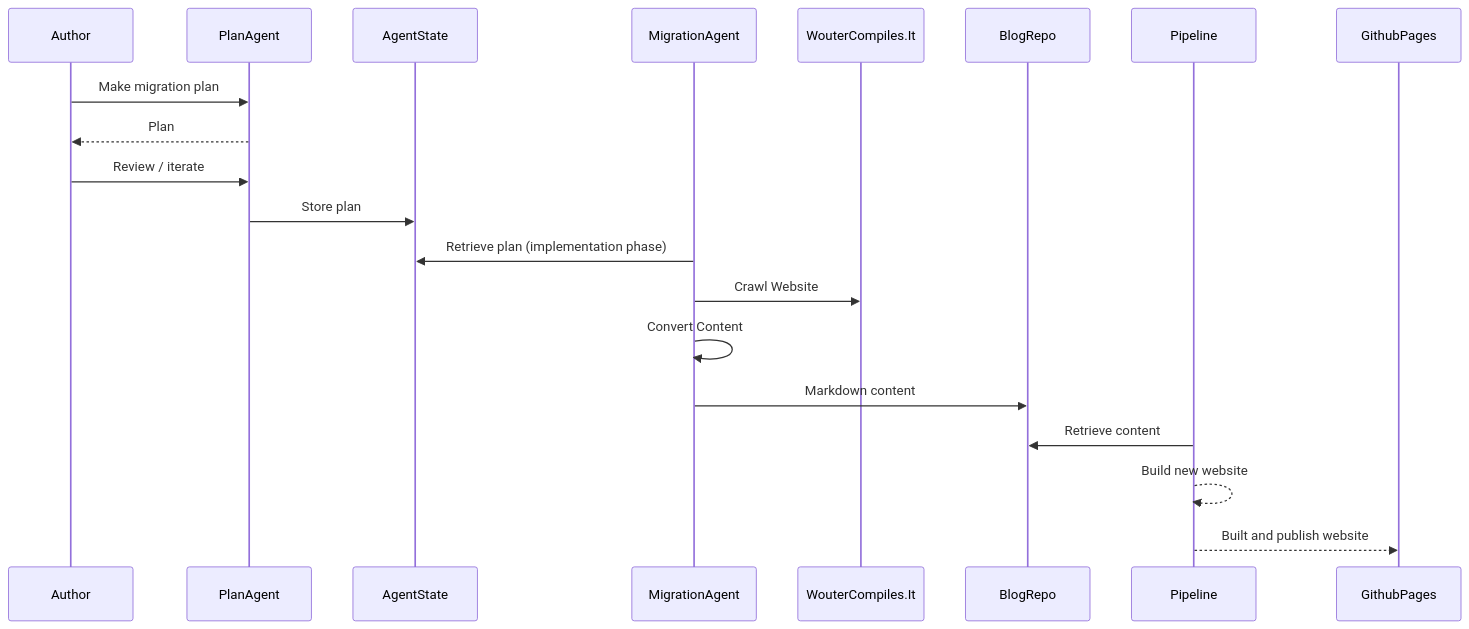
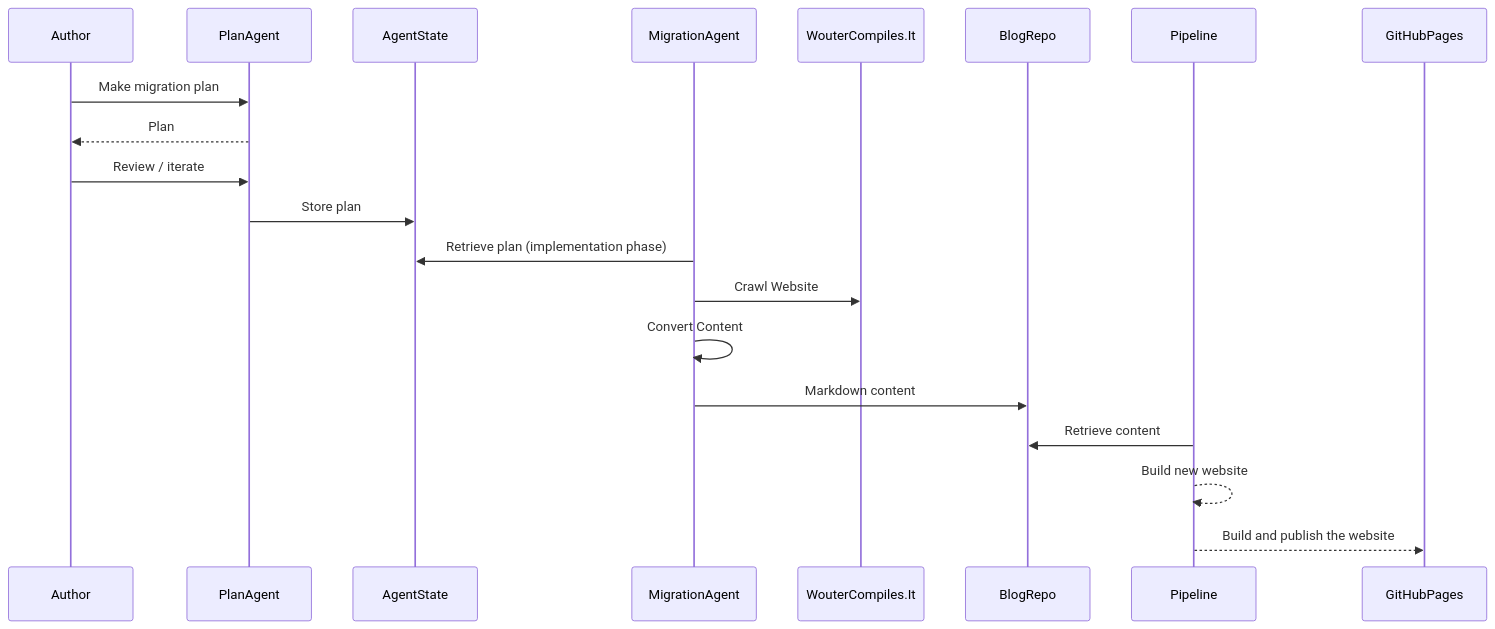
The diagram in _posts/2026-03-29-migrate-your-blog-towards-github-pages.md (wouterfennis/blog), drawn with Mermaid before and after one commit.

Commit message:
fix: correct GithubPages casing and diagram label in migration guide
Agent-Logs-Url: https://github.com/wouterfennis/blog/sessions/a605d9a3-d772-4a0b-9d4d-8e831ec3f439

````diff
--- a/_posts/2026-03-29-migrate-your-blog-towards-github-pages.md
+++ b/_posts/2026-03-29-migrate-your-blog-towards-github-pages.md
@@ -47,28 +47,28 @@
 ```mermaid
 sequenceDiagram
     participant Author
     participant PlanAgent
     participant AgentState
     participant MigrationAgent
     participant WouterCompiles.It
     participant BlogRepo
     participant Pipeline
-    participant GithubPages
+    participant GitHubPages
 
 
     Author->>PlanAgent: Make migration plan
     PlanAgent-->>Author: Plan
     Author->>PlanAgent: Review / iterate
 
     PlanAgent->>AgentState: Store plan
     MigrationAgent->>AgentState: Retrieve plan (implementation phase)
 
     MigrationAgent->>WouterCompiles.It: Crawl Website
     MigrationAgent->>MigrationAgent: Convert Content
 
     MigrationAgent->>BlogRepo: Markdown content
     Pipeline->>BlogRepo: Retrieve content
     Pipeline-->>Pipeline: Build new website
 
-    Pipeline-->>GithubPages: Built and publish website
+    Pipeline-->>GitHubPages: Build and publish the website
 ```
````
